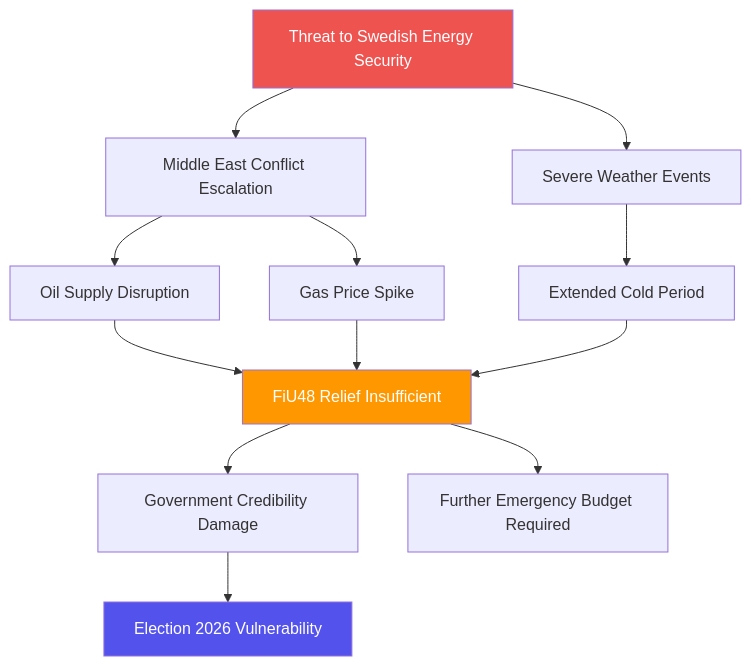
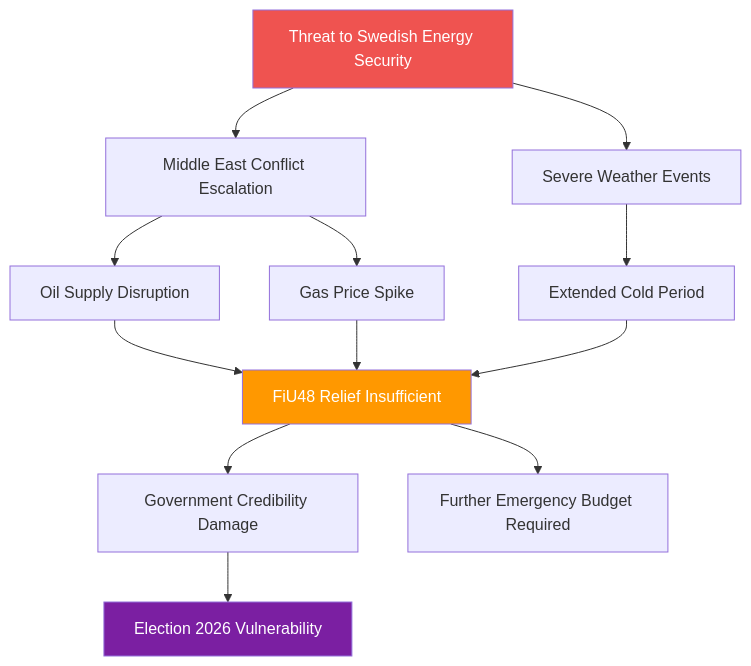
One commit to Hack23/riksdagsmonitor changed the diagram in analysis/daily/2026-04-14/committeeReports/threat-analysis.md. Above: the diagram before and after it, drawn with Mermaid. The commit also changed 121 other files, not shown here.

````diff
--- a/analysis/daily/2026-04-14/committeeReports/threat-analysis.md
+++ b/analysis/daily/2026-04-14/committeeReports/threat-analysis.md
@@ -25,18 +25,18 @@
 ```mermaid
 graph TD
     ROOT[Threat to Swedish Energy Security] --> A[Middle East Conflict Escalation]
     ROOT --> B[Severe Weather Events]
     A --> A1[Oil Supply Disruption]
     A --> A2[Gas Price Spike]
     A1 --> C[FiU48 Relief Insufficient]
     A2 --> C
     B --> B1[Extended Cold Period]
     B1 --> C
     C --> D[Government Credibility Damage]
     C --> E[Further Emergency Budget Required]
     D --> F[Election 2026 Vulnerability]
 
     style ROOT fill:#EF5350,color:#FFFFFF
     style C fill:#FF9800,color:#FFFFFF
-    style F fill:#5352ed,color:#FFFFFF
+    style F fill:#7B1FA2,color:#FFFFFF
 ```
````
